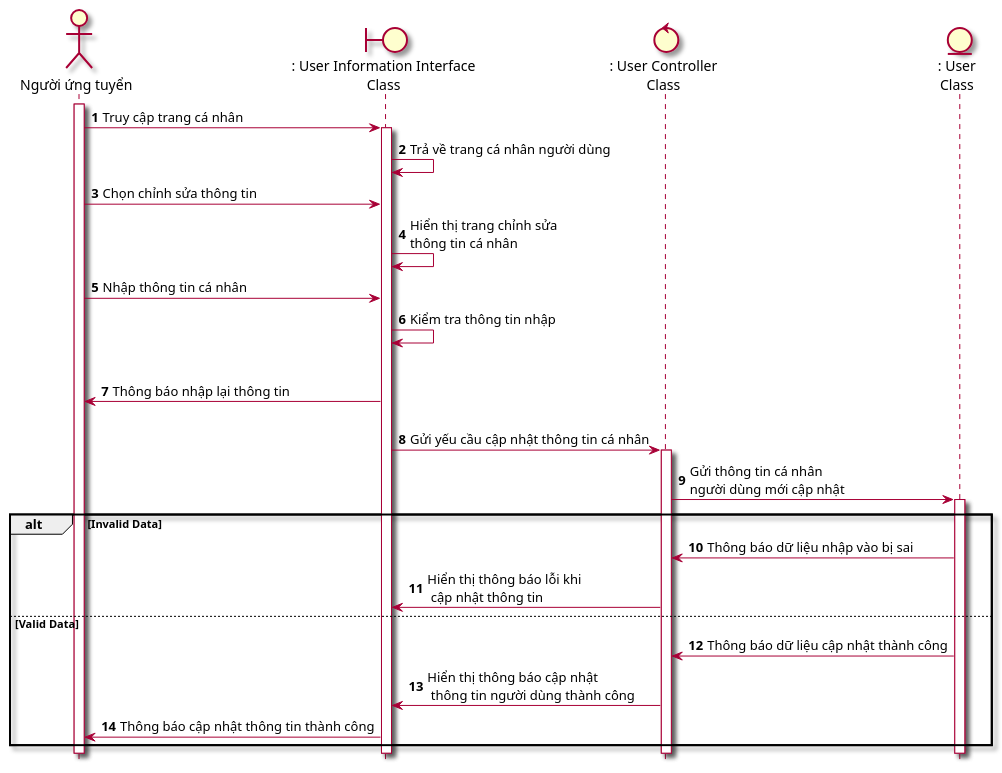
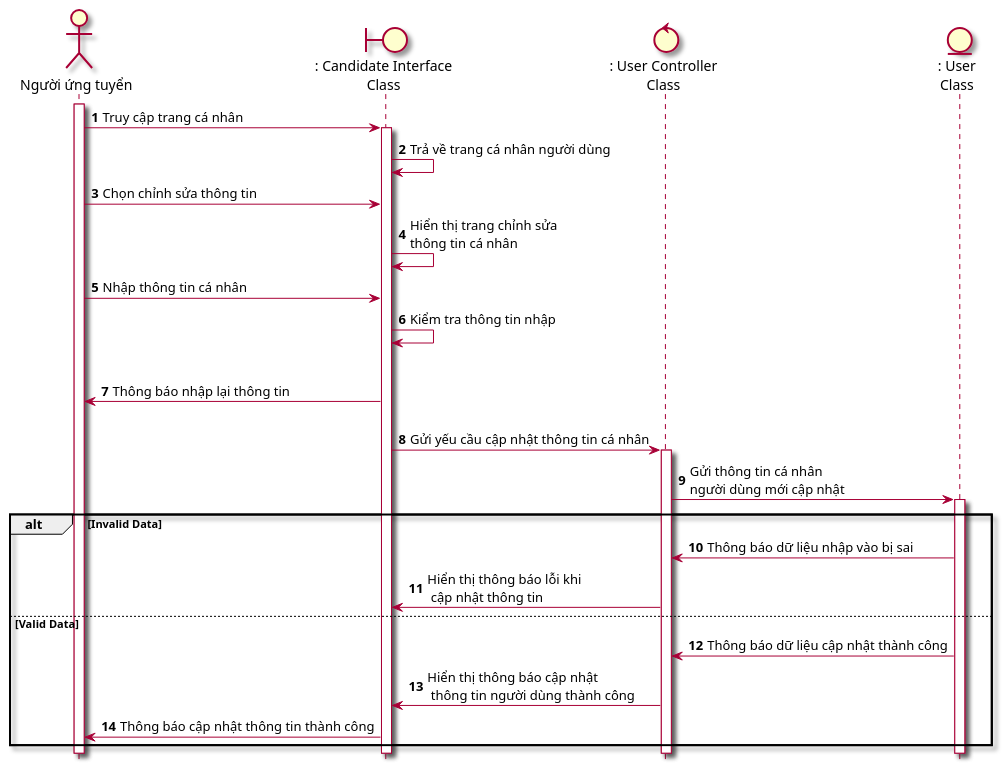
The diagram in Lab1/Lab 1.2 Diagram/Sequence/FilePUML/6.1 SeqQuanLyHoSoCaNhan.puml (Griselda4774/EAS-EmploymentAssistanceSystem), drawn with PlantUML before and after one commit. The commit also changed 12 other files, not shown here.

```diff
--- a/Lab1/Lab 1.2 Diagram/Sequence/FilePUML/6.1 SeqQuanLyHoSoCaNhan.puml
+++ b/Lab1/Lab 1.2 Diagram/Sequence/FilePUML/6.1 SeqQuanLyHoSoCaNhan.puml
@@ -1,29 +1,29 @@
 @startuml SeqQuanLyHoSoCaNhan
 skin rose
 hide footbox
 actor nguoiUngTuyen as "Người ứng tuyển"
-boundary candidateInformationInterface as ": User Information Interface\nClass"
-control candidateController as ": User Controller\nClass"
+boundary candidateInterface as ": Candidate Interface\nClass"
+control userController as ": User Controller\nClass"
 entity User as ": User\nClass"
 autonumber
 nguoiUngTuyen++
-nguoiUngTuyen-> candidateInformationInterface++: Truy cập trang cá nhân
-candidateInformationInterface->candidateInformationInterface: Trả về trang cá nhân người dùng
-nguoiUngTuyen-> candidateInformationInterface: Chọn chỉnh sửa thông tin
-candidateInformationInterface-> candidateInformationInterface: Hiển thị trang chỉnh sửa\nthông tin cá nhân
-nguoiUngTuyen -> candidateInformationInterface: Nhập thông tin cá nhân
-candidateInformationInterface->candidateInformationInterface: Kiểm tra thông tin nhập
+nguoiUngTuyen-> candidateInterface++: Truy cập trang cá nhân
+candidateInterface->candidateInterface: Trả về trang cá nhân người dùng
+nguoiUngTuyen-> candidateInterface: Chọn chỉnh sửa thông tin
+candidateInterface-> candidateInterface: Hiển thị trang chỉnh sửa\nthông tin cá nhân
+nguoiUngTuyen -> candidateInterface: Nhập thông tin cá nhân
+candidateInterface->candidateInterface: Kiểm tra thông tin nhập
 alt Invalid Data
-candidateInformationInterface -> nguoiUngTuyen: Thông báo nhập lại thông tin
+candidateInterface -> nguoiUngTuyen: Thông báo nhập lại thông tin
 else Valid Data
-candidateInformationInterface -> candidateController++: Gửi yếu cầu cập nhật thông tin cá nhân
-candidateController -> User++: Gửi thông tin cá nhân \nngười dùng mới cập nhật
+candidateInterface -> userController++: Gửi yếu cầu cập nhật thông tin cá nhân
+userController -> User++: Gửi thông tin cá nhân \nngười dùng mới cập nhật
 alt Invalid Data
-User -> candidateController: Thông báo dữ liệu nhập vào bị sai
-candidateController -> candidateInformationInterface: Hiển thị thông báo lỗi khi\n cập nhật thông tin
+User -> userController: Thông báo dữ liệu nhập vào bị sai
+userController -> candidateInterface: Hiển thị thông báo lỗi khi\n cập nhật thông tin
 else Valid Data
-User -> candidateController: Thông báo dữ liệu cập nhật thành công
-candidateController -> candidateInformationInterface: Hiển thị thông báo cập nhật\n thông tin người dùng thành công
-candidateInformationInterface -> nguoiUngTuyen: Thông báo cập nhật thông tin thành công
+User -> userController: Thông báo dữ liệu cập nhật thành công
+userController -> candidateInterface: Hiển thị thông báo cập nhật\n thông tin người dùng thành công
+candidateInterface -> nguoiUngTuyen: Thông báo cập nhật thông tin thành công
 end
 @enduml
```
